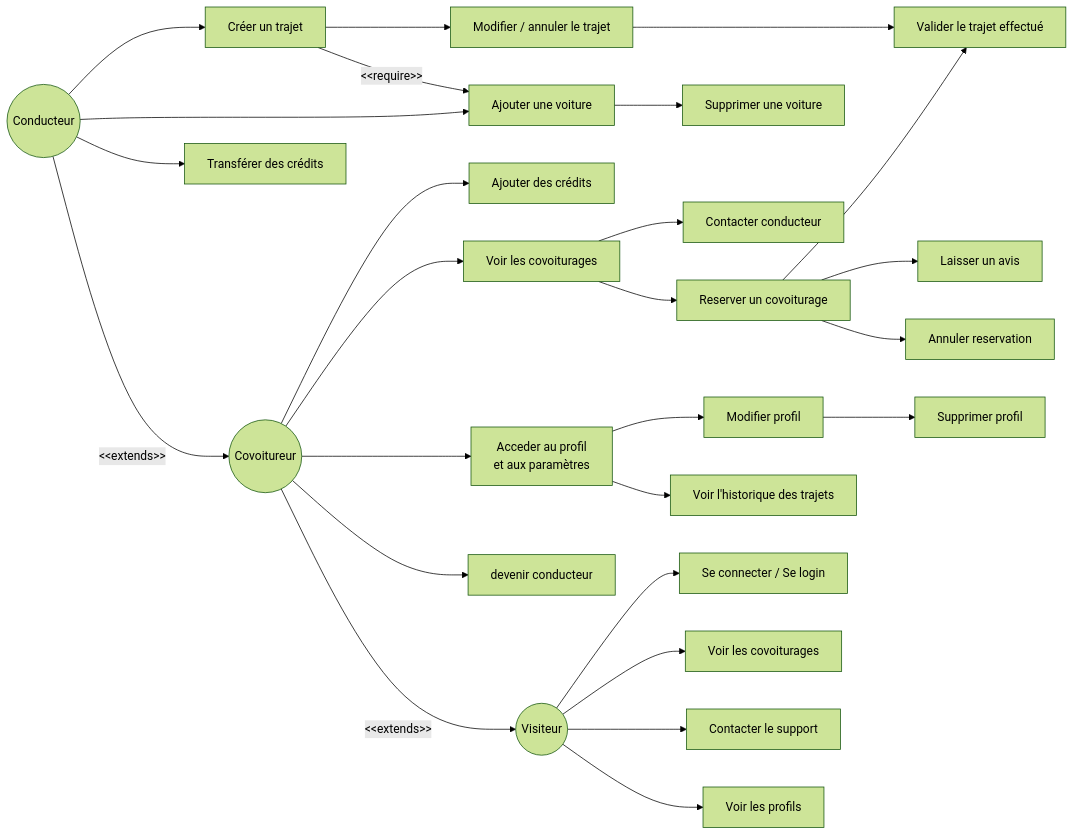
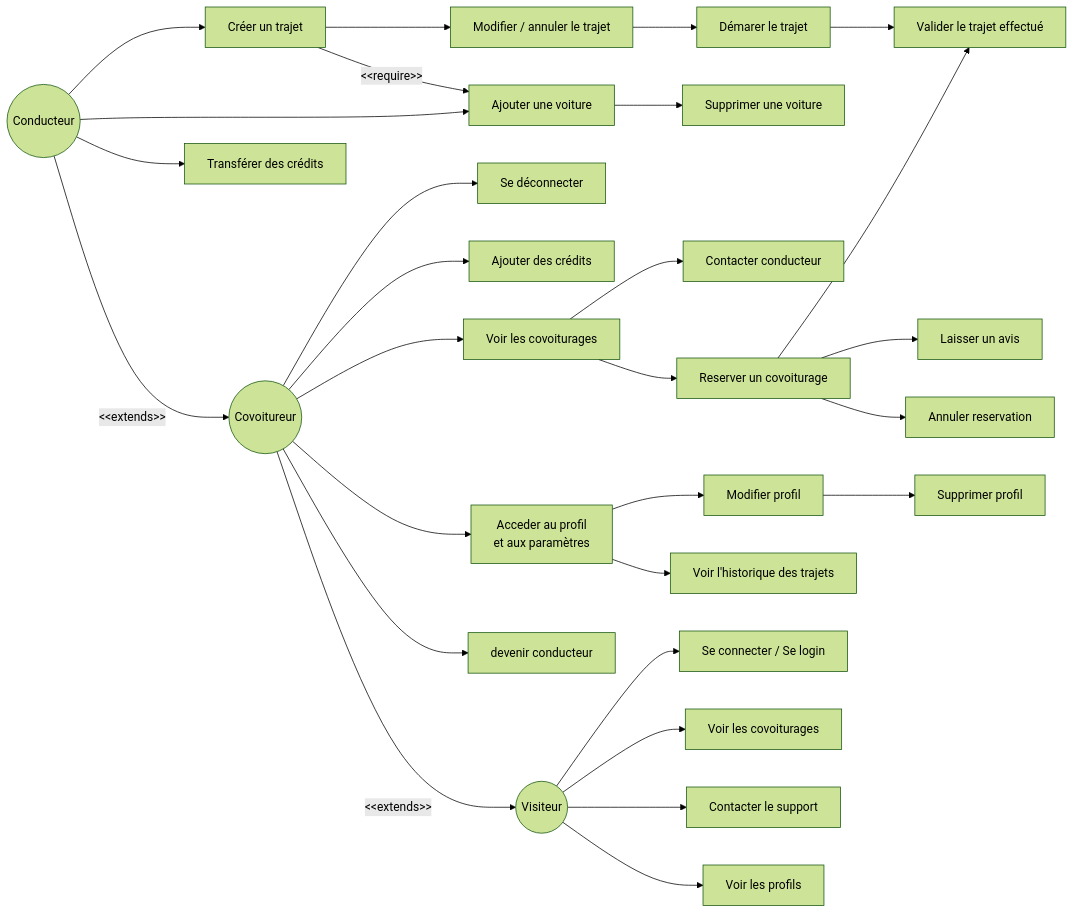
One commit to Anarchick/EcoRide changed the diagram in diagrams/flowchart/usecase.mmd. Above: the diagram before and after it, drawn with Mermaid (forest theme). The commit also changed 1 other file, not shown here.

Commit message:
update usecases diagrams

```diff
--- a/diagrams/flowchart/usecase.mmd
+++ b/diagrams/flowchart/usecase.mmd
@@ -1,33 +1,35 @@
 flowchart LR
 visitor((Visiteur))
 user((Covoitureur))
 driver((Conducteur))
 
 visitor  --> /login[Se connecter / Se login]
 visitor --> p/travels[Voir les covoiturages]
 visitor --> /contact[Contacter le support]
 visitor --> /profils[Voir les profils]
 
+user --> /logout[Se déconnecter]
 user --> /profil/credits/add[Ajouter des crédits]
 user --> /travels[Voir les covoiturages]
 /travels --> /travels/contact[Contacter conducteur]
 /travels --> /travels/join[Reserver un covoiturage]
 /travels/join -->/travels/validate
 /travels/join --> /travels/review[Laisser un avis]
 /travels/join --> /travels/leave[Annuler reservation]
 user --> /profil[Acceder au profil<br> et aux paramètres]
 /profil --> /profil/edit[Modifier profil]
 /profil --> /profil/history[Voir l'historique des trajets]
 /profil/edit --> /profil/delete[Supprimer profil]
 user --> /profil/driver[devenir conducteur]
 
 driver --> /travels/create[Créer un trajet]
 /travels/create --> /travels/edit[Modifier / annuler le trajet]
-/travels/edit --> /travels/validate[Valider le trajet effectué]
+/travels/edit --> /travels/start[Démarer le trajet]
+/travels/start --> /travels/validate[Valider le trajet effectué]
 driver --> /profil/car/add[Ajouter une voiture]
 /profil/car/add --> /profil/car/delete[Supprimer une voiture]
 /travels/create -->|&lt;&lt;require&gt;&gt;| /profil/car/add
 driver --> /profil/credits/transfert[Transférer des crédits]
 
 user -->|&lt;&lt;extends&gt;&gt;| visitor
 driver -->|&lt;&lt;extends&gt;&gt;| user
```
